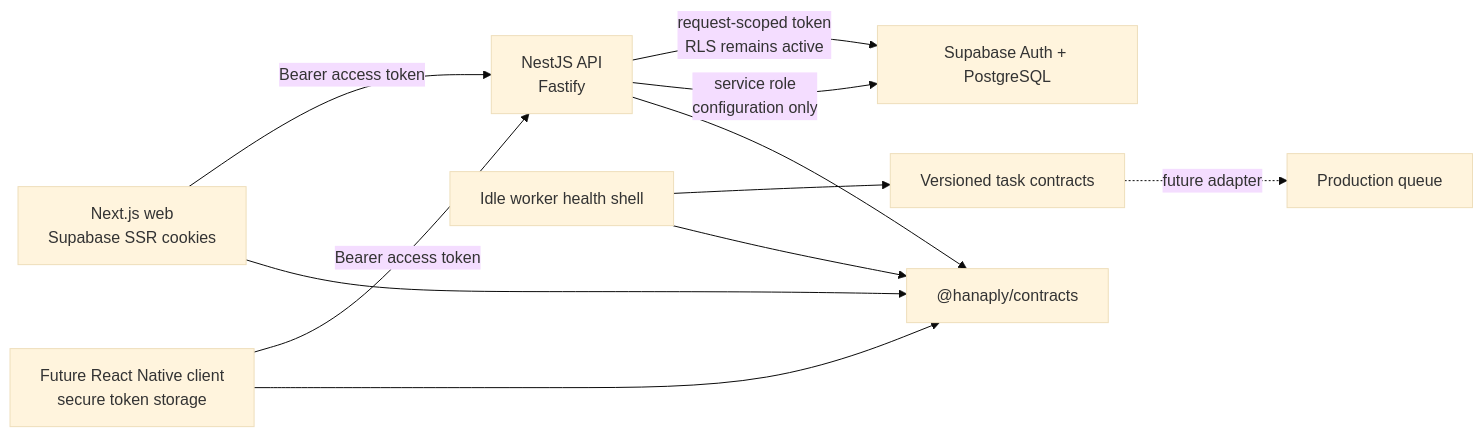
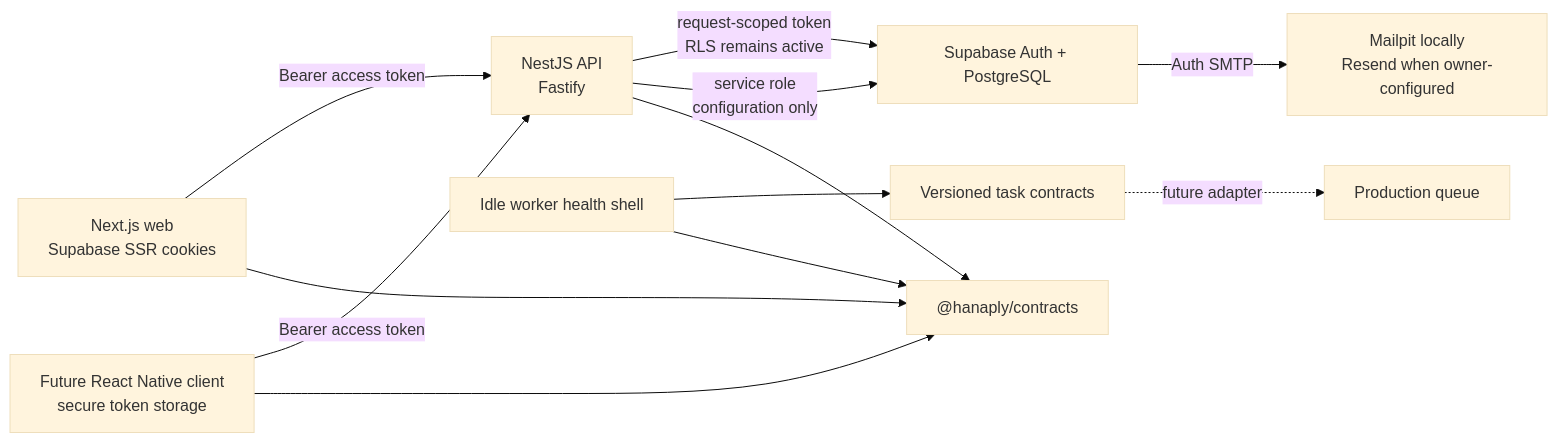
The diagram in docs/architecture.md (mlester999/hanaply), drawn with Mermaid (base theme) before and after one commit. The commit also changed other lines of this file and 12 other files, not shown here.

````diff
--- a/docs/architecture.md
+++ b/docs/architecture.md
@@ -5,13 +5,14 @@
 ```mermaid
 flowchart LR
   Browser["Next.js web\nSupabase SSR cookies"] -->|"Bearer access token"| API["NestJS API\nFastify"]
   Mobile["Future React Native client\nsecure token storage"] -->|"Bearer access token"| API
   API -->|"request-scoped token\nRLS remains active"| Supabase["Supabase Auth + PostgreSQL"]
   API -->|"service role\nconfiguration only"| Supabase
+  Supabase -->|"Auth SMTP"| Email["Mailpit locally\nResend when owner-configured"]
   Worker["Idle worker health shell"] --> Tasks["Versioned task contracts"]
   Tasks -. "future adapter" .-> Queue["Production queue"]
   API --> Contracts["@hanaply/contracts"]
   Browser --> Contracts
   Mobile --> Contracts
   Worker --> Contracts
 ```
````
